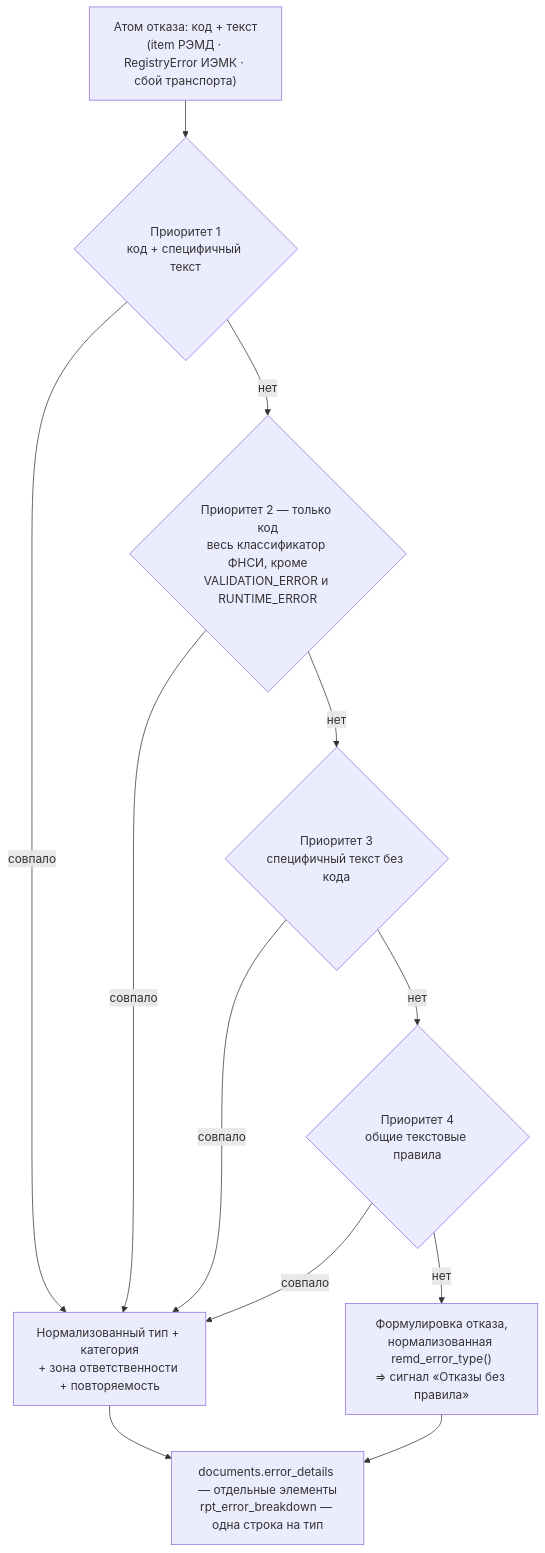
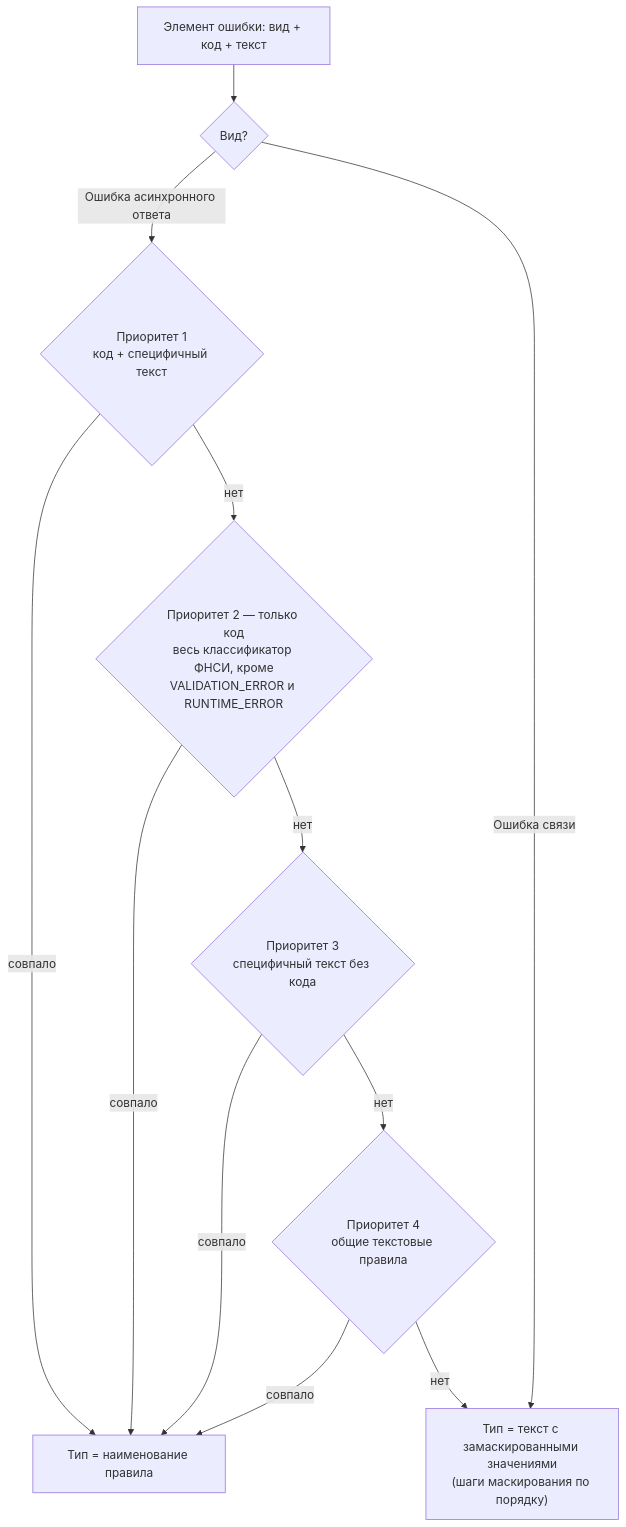
Before and after one commit to asaf1n/EGISZ-Proxy-Reports-Airflow: the fifth of 5 diagrams in README.md, drawn with Mermaid. The commit also changed other lines of this file and 45 other files, not shown here.

````diff
--- a/README.md
+++ b/README.md
@@ -499,16 +513,18 @@
 ```mermaid
 flowchart TD
-    A["Атом отказа: код + текст<br/>(item РЭМД · RegistryError ИЭМК · сбой транспорта)"] --> P1
+    A["Элемент ошибки: вид + код + текст"] --> K{"Вид?"}
+    K -->|Ошибка асинхронного ответа| P1
+    K -->|Ошибка связи| M
 
     P1{"Приоритет 1<br/>код + специфичный текст"} -->|совпало| OUT
     P1 -->|нет| P2
     P2{"Приоритет 2 — только код<br/>весь классификатор ФНСИ, кроме<br/>VALIDATION_ERROR и RUNTIME_ERROR"} -->|совпало| OUT
     P2 -->|нет| P3
     P3{"Приоритет 3<br/>специфичный текст без кода"} -->|совпало| OUT
     P3 -->|нет| P4
     P4{"Приоритет 4<br/>общие текстовые правила"} -->|совпало| OUT
-    P4 -->|нет| FB["Формулировка отказа,<br/>нормализованная remd_error_type()<br/>⇒ сигнал «Отказы без правила»"]
+    P4 -->|нет| M
 
-    OUT["Нормализованный тип + категория<br/>+ зона ответственности + повторяемость"] --> SPLIT
-    FB --> SPLIT["documents.error_details — отдельные элементы<br/>rpt_error_breakdown — одна строка на тип"]
+    OUT["Тип = наименование правила"]
+    M["Тип = текст с замаскированными значениями<br/>(шаги маскирования по порядку)"]
 ```
````
